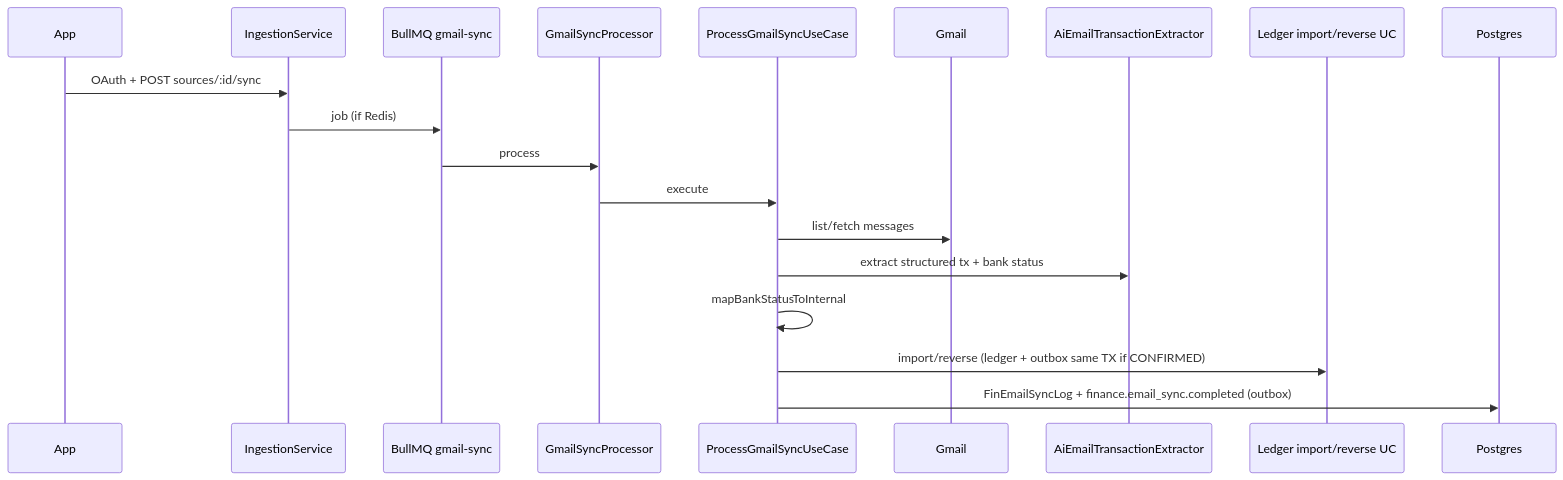
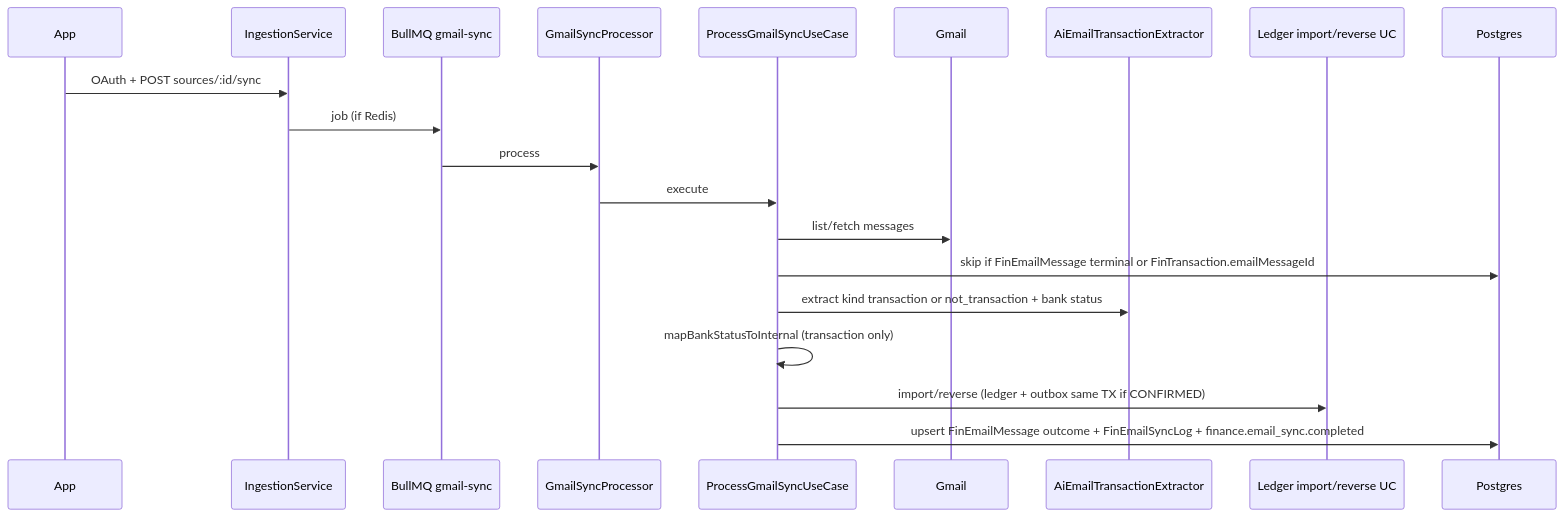
One commit to jarvinc3/personal-os-back changed the diagram in docs/modules/finance.md. Above: the diagram before and after it, drawn with Mermaid. The commit also changed other lines of this file and 19 other files, not shown here.

First line of the commit message:
feat: implement FinEmailMessage model and enhance Gmail sync process

````diff
--- a/docs/modules/finance.md
+++ b/docs/modules/finance.md
@@ -153,22 +155,23 @@
 ```mermaid
 sequenceDiagram
   participant App
   participant API as IngestionService
   participant Queue as BullMQ gmail-sync
   participant Worker as GmailSyncProcessor
   participant UC as ProcessGmailSyncUseCase
   participant Gmail
   participant AI as AiEmailTransactionExtractor
   participant Ledger as Ledger import/reverse UC
   participant DB as Postgres
 
   App->>API: OAuth + POST sources/:id/sync
   API->>Queue: job (if Redis)
   Queue->>Worker: process
   Worker->>UC: execute
   UC->>Gmail: list/fetch messages
-  UC->>AI: extract structured tx + bank status
-  UC->>UC: mapBankStatusToInternal
+  UC->>DB: skip if FinEmailMessage terminal or FinTransaction.emailMessageId
+  UC->>AI: extract kind transaction or not_transaction + bank status
+  UC->>UC: mapBankStatusToInternal (transaction only)
   UC->>Ledger: import/reverse (ledger + outbox same TX if CONFIRMED)
-  UC->>DB: FinEmailSyncLog + finance.email_sync.completed (outbox)
+  UC->>DB: upsert FinEmailMessage outcome + FinEmailSyncLog + finance.email_sync.completed
 ```
````
